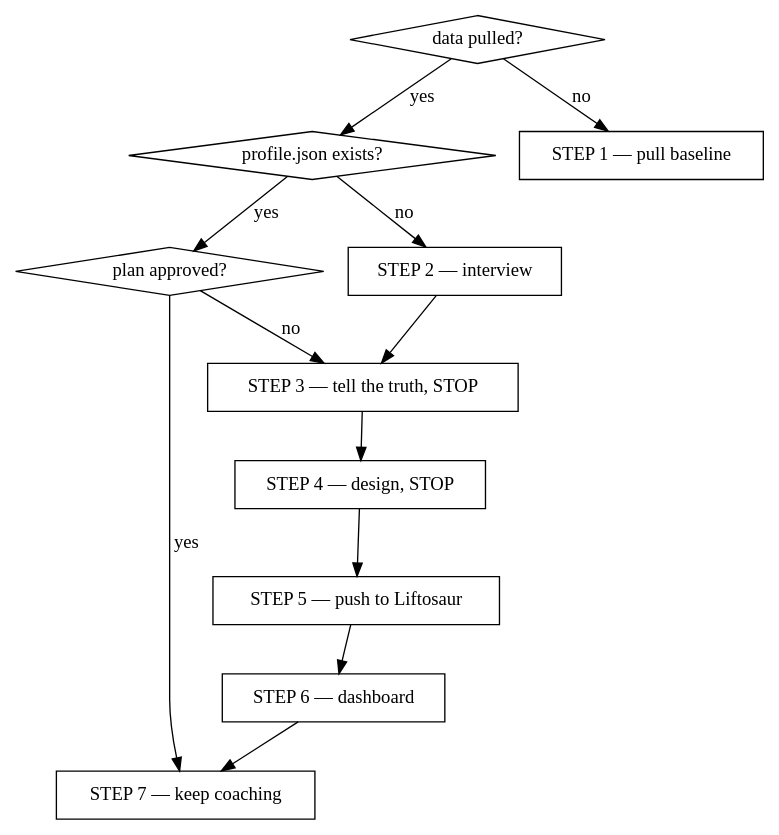
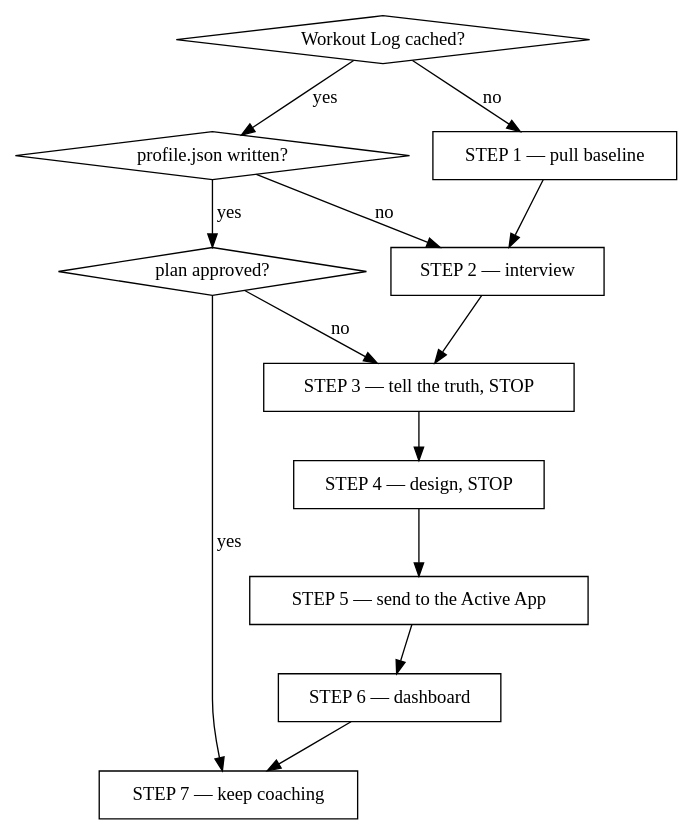
The diagram in SKILL.md (kiefferganza/kg-trainer), drawn with Graphviz before and after one commit. The commit also changed other lines of this file and 5 other files, not shown here.

````diff
--- a/SKILL.md
+++ b/SKILL.md
@@ -19,26 +24,27 @@
 ```dot
 digraph steps {
-  "data pulled?" [shape=diamond];
-  "profile.json exists?" [shape=diamond];
+  "Workout Log cached?" [shape=diamond];
+  "profile.json written?" [shape=diamond];
   "plan approved?" [shape=diamond];
   "STEP 1 — pull baseline" [shape=box];
   "STEP 2 — interview" [shape=box];
   "STEP 3 — tell the truth, STOP" [shape=box];
   "STEP 4 — design, STOP" [shape=box];
-  "STEP 5 — push to Liftosaur" [shape=box];
+  "STEP 5 — send to the Active App" [shape=box];
   "STEP 6 — dashboard" [shape=box];
   "STEP 7 — keep coaching" [shape=box];
 
-  "data pulled?" -> "STEP 1 — pull baseline" [label="no"];
-  "data pulled?" -> "profile.json exists?" [label="yes"];
-  "profile.json exists?" -> "STEP 2 — interview" [label="no"];
-  "profile.json exists?" -> "plan approved?" [label="yes"];
+  "Workout Log cached?" -> "STEP 1 — pull baseline" [label="no"];
+  "Workout Log cached?" -> "profile.json written?" [label="yes"];
+  "profile.json written?" -> "STEP 2 — interview" [label="no"];
+  "profile.json written?" -> "plan approved?" [label="yes"];
   "plan approved?" -> "STEP 3 — tell the truth, STOP" [label="no"];
   "plan approved?" -> "STEP 7 — keep coaching" [label="yes"];
+  "STEP 1 — pull baseline" -> "STEP 2 — interview";
   "STEP 2 — interview" -> "STEP 3 — tell the truth, STOP";
   "STEP 3 — tell the truth, STOP" -> "STEP 4 — design, STOP";
-  "STEP 4 — design, STOP" -> "STEP 5 — push to Liftosaur";
-  "STEP 5 — push to Liftosaur" -> "STEP 6 — dashboard";
+  "STEP 4 — design, STOP" -> "STEP 5 — send to the Active App";
+  "STEP 5 — send to the Active App" -> "STEP 6 — dashboard";
   "STEP 6 — dashboard" -> "STEP 7 — keep coaching";
 }
 ```
````
